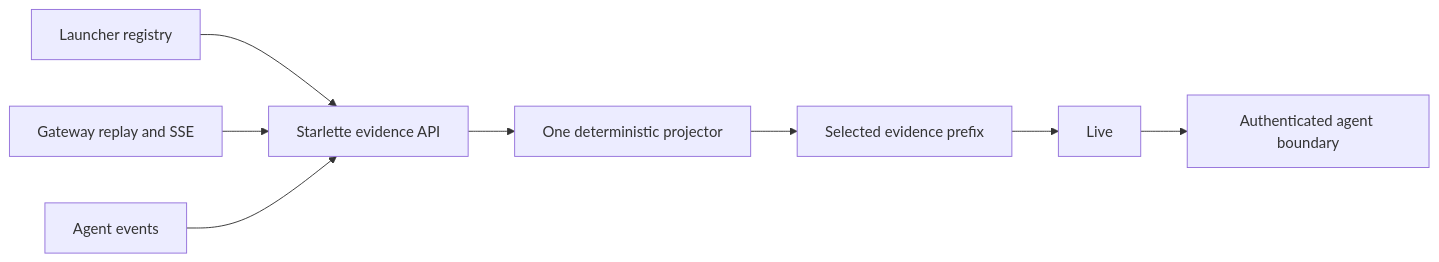
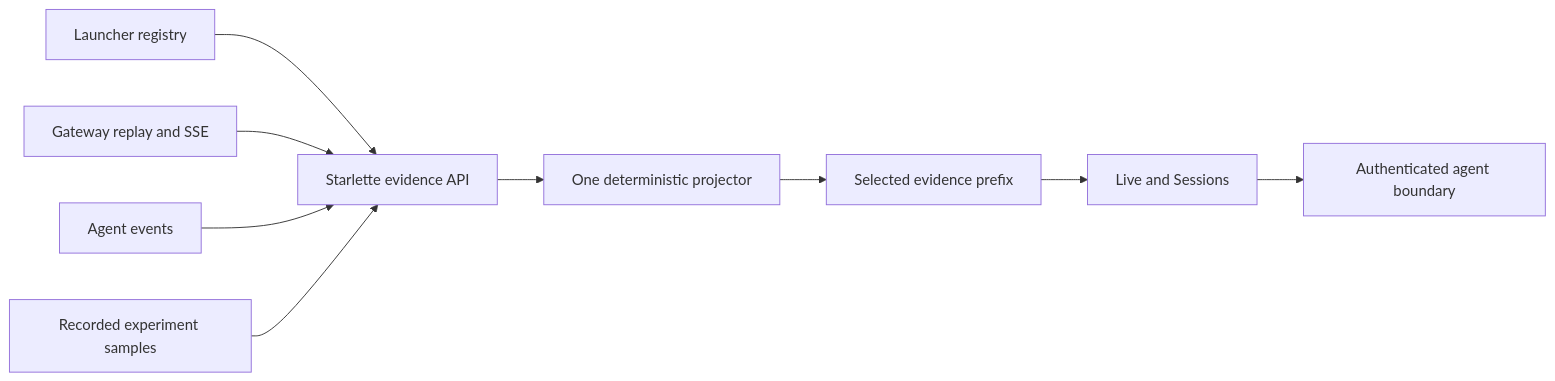
One commit to IbnouT/claude-code-camp-2026-Q2 changed the first of 2 diagrams in week2_capable/observatory/README.md. Above: the diagram before and after it, drawn with Mermaid. The commit also changed other lines of this file and 27 other files, not shown here.

````diff
--- a/week2_capable/observatory/README.md
+++ b/week2_capable/observatory/README.md
@@ -8,10 +8,11 @@
 ```mermaid
 flowchart LR
     R["Launcher registry"] --> A["Starlette evidence API"]
     G["Gateway replay and SSE"] --> A
     E["Agent events"] --> A
+    B["Recorded experiment samples"] --> A
     A --> D["One deterministic projector"]
     D --> W["Selected evidence prefix"]
-    W --> L["Live"]
+    W --> L["Live and Sessions"]
     L --> C["Authenticated agent boundary"]
 ```
````
